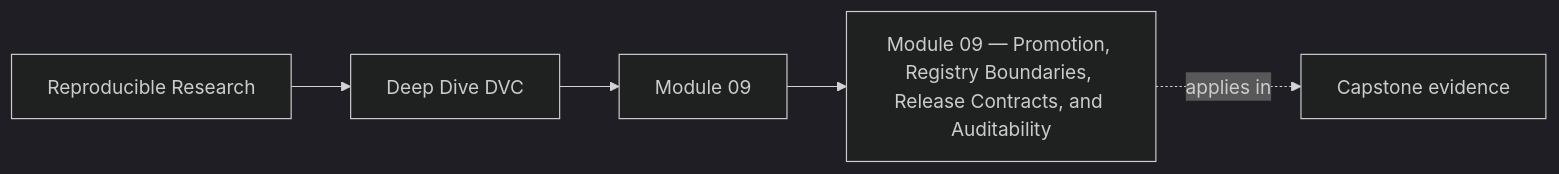
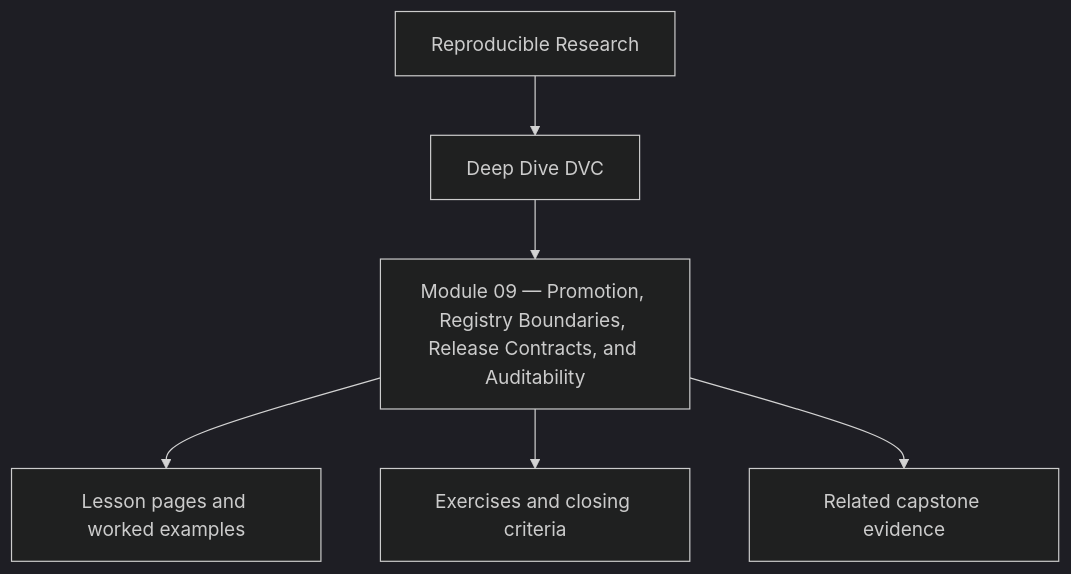
One commit to bijux/bijux-masterclass changed the first of 2 diagrams in programs/reproducible-research/deep-dive-dvc/course-book/module-09-promotion-registry-boundaries-release-contracts-and-auditability/index.md. Above: the diagram before and after it, drawn with Mermaid (dark theme). The commit also changed other lines of this file and 10 other files, not shown here.

Commit message:
docs(deep-dive-dvc): reposition module overview diagrams

````diff
--- a/programs/reproducible-research/deep-dive-dvc/course-book/module-09-promotion-registry-boundaries-release-contracts-and-auditability/index.md
+++ b/programs/reproducible-research/deep-dive-dvc/course-book/module-09-promotion-registry-boundaries-release-contracts-and-auditability/index.md
@@ -9,11 +9,8 @@
 ```mermaid
-graph LR
-  family["Reproducible Research"]
-  program["Deep Dive DVC"]
-  section["Module 09"]
-  page["Module 09 — Promotion, Registry Boundaries, Release Contracts, and Auditability"]
-  capstone["Capstone evidence"]
-
-  family --> program --> section --> page
-  page -.applies in.-> capstone
+flowchart TD
+  family["Reproducible Research"] --> program["Deep Dive DVC"]
+  program --> module["Module 09 — Promotion, Registry Boundaries, Release Contracts, and Auditability"]
+  module --> lessons["Lesson pages and worked examples"]
+  module --> checkpoints["Exercises and closing criteria"]
+  module --> capstone["Related capstone evidence"]
 ```
````
